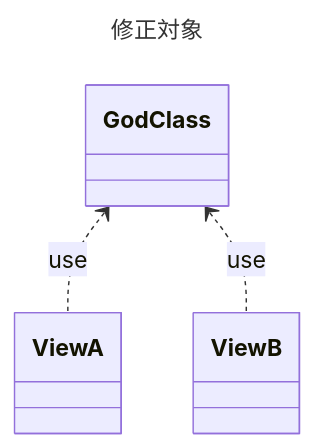
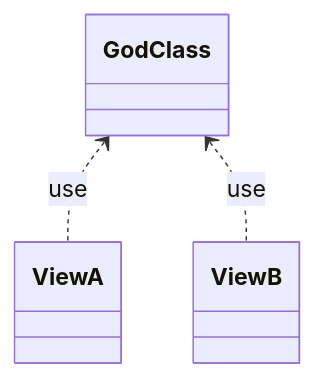
Before and after one commit to nichijo/nichijo.github.io: the fifth of 10 diagrams in src/2023-04-07.md, drawn with Mermaid.

````diff
--- a/src/2023-04-07.md
+++ b/src/2023-04-07.md
@@ -145,12 +145,9 @@
 ```mermaid
----
-title: 修正対象
----
 classDiagram
     class GodClass
     class ViewA
     class ViewB
 
     GodClass <.. ViewA : use
     GodClass <.. ViewB : use
 ```
````
